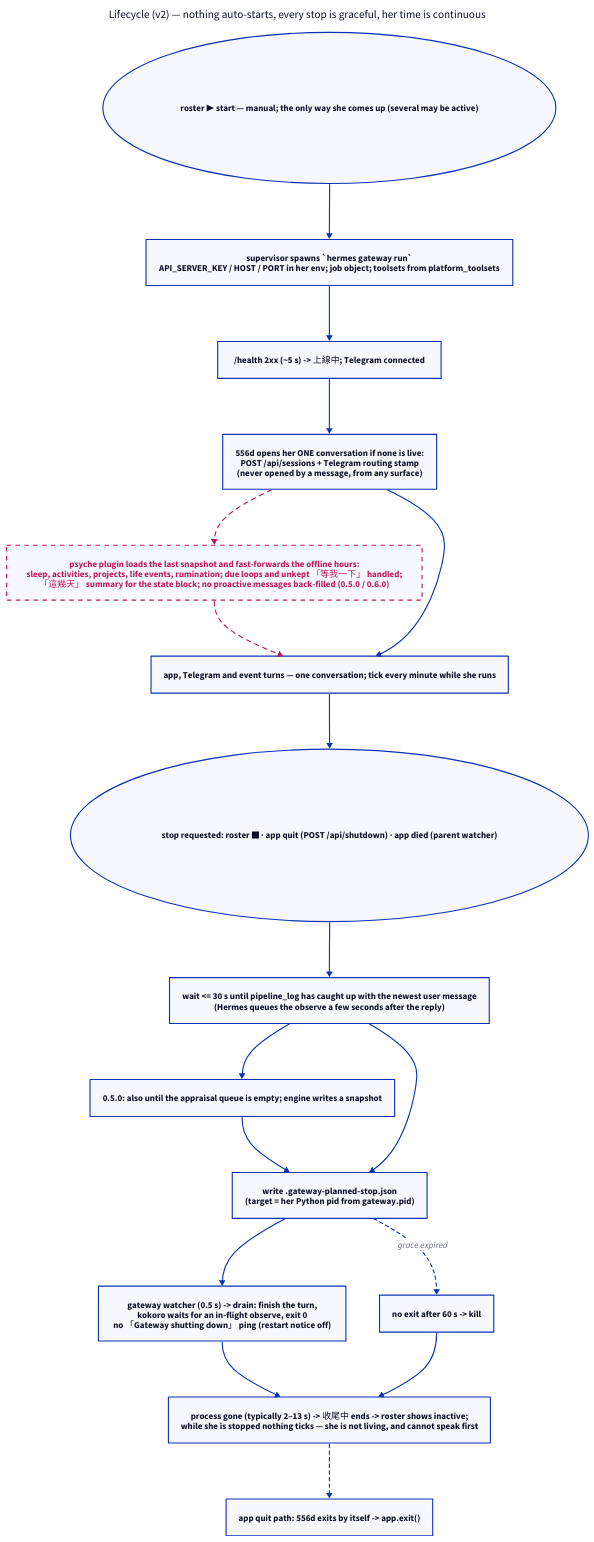
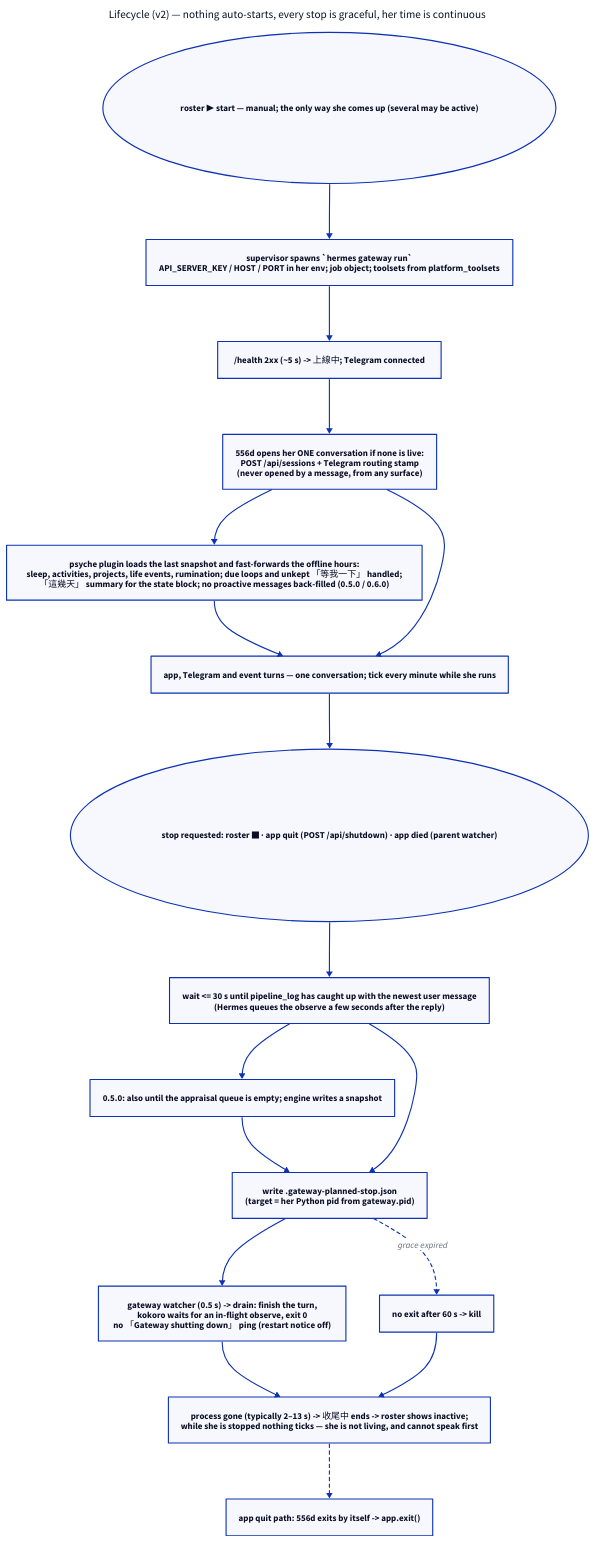
One commit to Yooouuuuuuu/556_production changed the diagram in docs/structure/lifecycle.d2. Above: the diagram before and after it, drawn with D2. The commit also changed 35 other files, not shown here.

```diff
--- a/docs/structure/lifecycle.d2
+++ b/docs/structure/lifecycle.d2
@@ -1,44 +1,44 @@
 direction: down
 
 title: "Lifecycle (v2) — nothing auto-starts, every stop is graceful, her time is continuous" {
   shape: text
   near: top-center
   style.font-size: 20
 }
 
 classes: {
   proposed: {style.stroke-dash: 4; style.stroke: "#c2185b"; style.font-color: "#c2185b"}
 }
 
 start: "roster ▶ start — manual; the only way she comes up (several may be active)" {shape: oval}
 spawn: "supervisor spawns `hermes gateway run`\nAPI_SERVER_KEY / HOST / PORT in her env; job object; toolsets from platform_toolsets"
 ready: "/health 2xx (~5 s) -> 上線中; Telegram connected"
 open: "556d opens her ONE conversation if none is live:\nPOST /api/sessions + Telegram routing stamp\n(never opened by a message, from any surface)"
-ff: "psyche plugin loads the last snapshot and fast-forwards the offline hours:\nsleep, activities, projects, life events, rumination; due loops and unkept 「等我一下」 handled;\n「這幾天」 summary for the state block; no proactive messages back-filled (0.5.0 / 0.6.0)" {class: proposed}
+ff: "psyche plugin loads the last snapshot and fast-forwards the offline hours:\nsleep, activities, projects, life events, rumination; due loops and unkept 「等我一下」 handled;\n「這幾天」 summary for the state block; no proactive messages back-filled (0.5.0 / 0.6.0)"
 turns: "app, Telegram and event turns — one conversation; tick every minute while she runs"
 
 stopreq: "stop requested: roster ■ · app quit (POST /api/shutdown) · app died (parent watcher)" {shape: oval}
 idle: "wait <= 30 s until pipeline_log has caught up with the newest user message\n(Hermes queues the observe a few seconds after the reply)"
 idle2: "0.5.0: also until the appraisal queue is empty; engine writes a snapshot"
 marker: "write .gateway-planned-stop.json\n(target = her Python pid from gateway.pid)"
 drain: "gateway watcher (0.5 s) -> drain: finish the turn,\nkokoro waits for an in-flight observe, exit 0\nno 「Gateway shutting down」 ping (restart notice off)"
 kill: "no exit after 60 s -> kill"
 gone: "process gone (typically 2–13 s) -> 收尾中 ends -> roster shows inactive;\nwhile she is stopped nothing ticks — she is not living, and cannot speak first"
 appexit: "app quit path: 556d exits by itself -> app.exit()"
 
 start -> spawn
 spawn -> ready
 ready -> open
-open -> ff {class: proposed}
-ff -> turns {class: proposed}
+open -> ff
+ff -> turns
 open -> turns
 turns -> stopreq
 stopreq -> idle
 idle -> idle2
 idle2 -> marker
 idle -> marker
 marker -> drain
 drain -> gone
 marker -> kill: "grace expired" {style.stroke-dash: 3}
 kill -> gone
 gone -> appexit {style.stroke-dash: 3}
```
